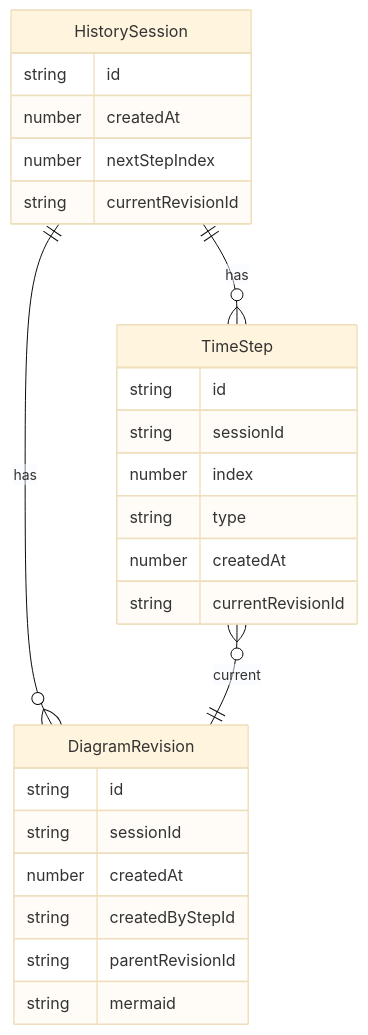
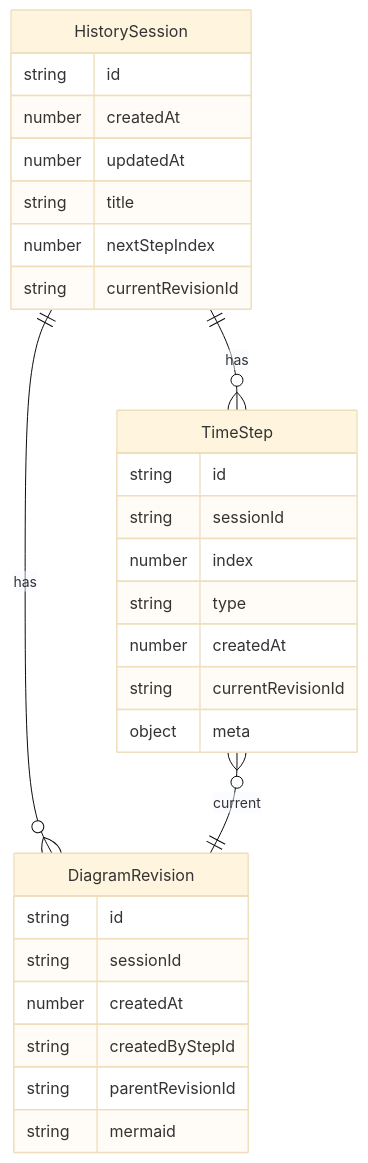
One commit to Dmitry-dev-pet/mermaid-compiller changed the diagram in docs/c4/data.md. Above: the diagram before and after it, drawn with Mermaid (base theme). The commit also changed other lines of this file and 23 other files, not shown here.

````diff
--- a/docs/c4/data.md
+++ b/docs/c4/data.md
@@ -26,31 +26,34 @@
 ```mermaid
 erDiagram
   HistorySession ||--o{ TimeStep : has
   HistorySession ||--o{ DiagramRevision : has
   TimeStep }o--|| DiagramRevision : current
 
   HistorySession {
     string id
     number createdAt
+    number updatedAt
+    string title
     number nextStepIndex
     string currentRevisionId
   }
 
   TimeStep {
     string id
     string sessionId
     number index
     string type
     number createdAt
     string currentRevisionId
+    object meta
   }
 
   DiagramRevision {
     string id
     string sessionId
     number createdAt
     string createdByStepId
     string parentRevisionId
     string mermaid
   }
 ```
````
